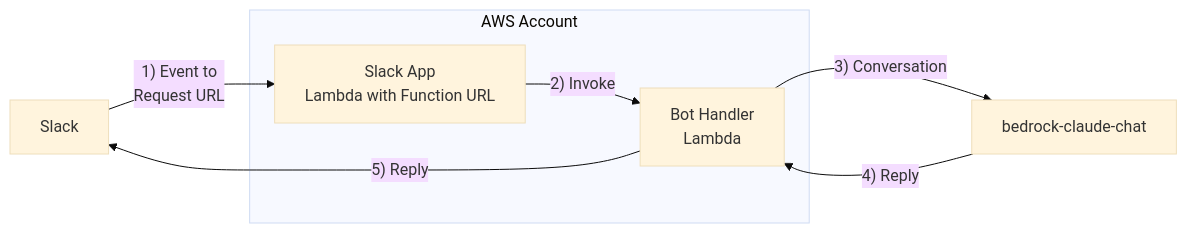
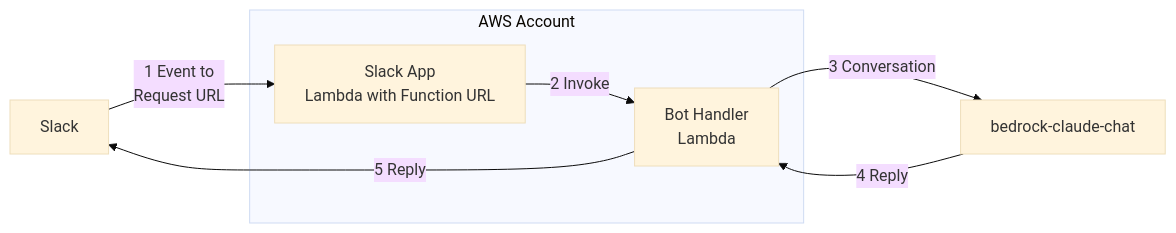
The diagram in README.md (suzuki-safie/slack-chatbot-fn), drawn with Mermaid (base theme) before and after one commit. The commit also changed other lines of this file and 2 other files, not shown here.

````diff
--- a/README.md
+++ b/README.md
@@ -6,15 +6,15 @@
 ```mermaid
 flowchart LR
   slack[Slack]
   chat[bedrock-claude-chat]
   subgraph AWS Account
     app[Slack App<br>Lambda with Function URL]
     handler[Bot Handler<br>Lambda]
   end
 
-  slack -- 1) Event to<br>Request URL --> app
-  app -- 2) Invoke --> handler
-  handler -- 3) Conversation --> chat
-  chat -- 4) Reply --> handler
-  handler -- 5) Reply --> slack
+  slack -- 1 Event to<br>Request URL --> app
+  app -- 2 Invoke --> handler
+  handler -- 3 Conversation --> chat
+  chat -- 4 Reply --> handler
+  handler -- 5 Reply --> slack
 ```
````
